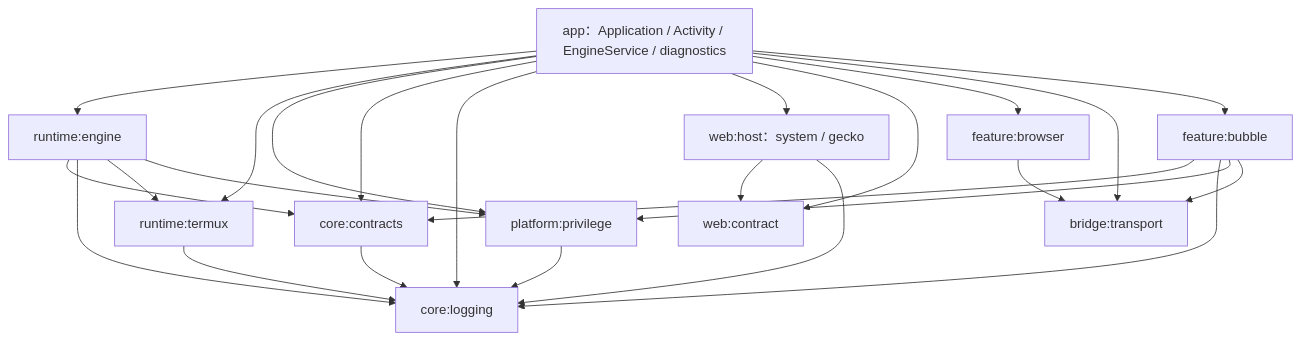
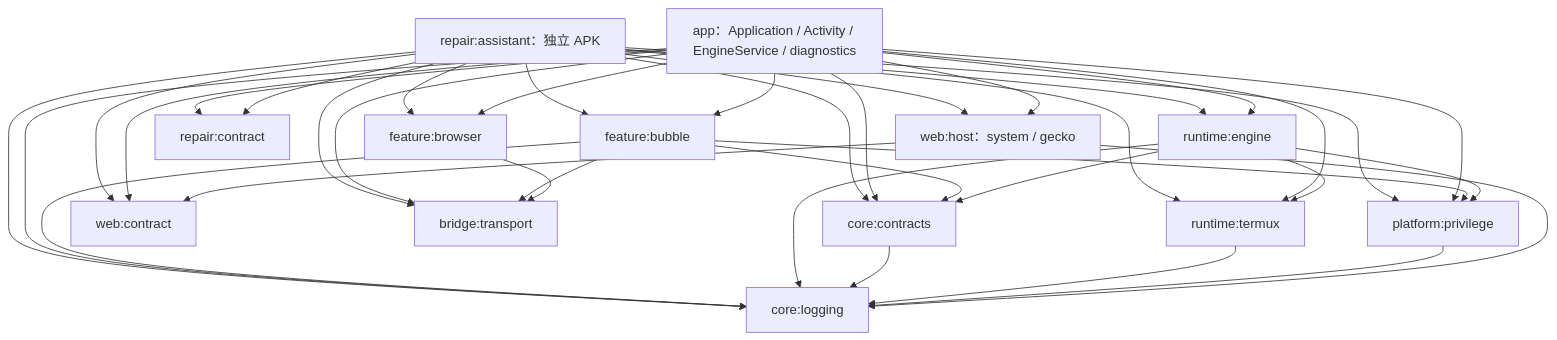
The diagram in docs/architecture/current-architecture.md (pht88888888/DSHAPP), drawn with Mermaid before and after one commit. The commit also changed other lines of this file and 184 other files, not shown here.

````diff
--- a/docs/architecture/current-architecture.md
+++ b/docs/architecture/current-architecture.md
@@ -7,38 +7,52 @@
 ```mermaid
 flowchart TD
     App[app：Application / Activity / EngineService / diagnostics]
     Engine[runtime:engine]
     Termux[runtime:termux]
     Privilege[platform:privilege]
     Contracts[core:contracts]
     Logging[core:logging]
     WebHost[web:host：system / gecko]
     WebContract[web:contract]
     Browser[feature:browser]
     Transport[bridge:transport]
     Bubble[feature:bubble]
+    RepairContract[repair:contract]
+    RepairAssistant[repair:assistant：独立 APK]
+    App --> RepairContract
+    RepairAssistant --> RepairContract
+    RepairAssistant --> Engine
+    RepairAssistant --> Termux
+    RepairAssistant --> Contracts
+    RepairAssistant --> Logging
+    RepairAssistant --> Privilege
+    RepairAssistant --> WebHost
+    RepairAssistant --> WebContract
+    RepairAssistant --> Browser
+    RepairAssistant --> Transport
+    RepairAssistant --> Bubble
     App --> Engine
     App --> Termux
     App --> Privilege
     App --> Contracts
     App --> Logging
     App --> WebHost
     App --> WebContract
     App --> Browser
     App --> Transport
     App --> Bubble
     Bubble --> Contracts
     Bubble --> Logging
     Bubble --> Privilege
     Bubble --> Transport
     Engine --> Contracts
     Engine --> Logging
     Engine --> Termux
     Engine --> Privilege
     Contracts --> Logging
     Termux --> Logging
     Privilege --> Logging
     WebHost --> WebContract
     WebHost --> Logging
     Browser --> Transport
 ```
````
